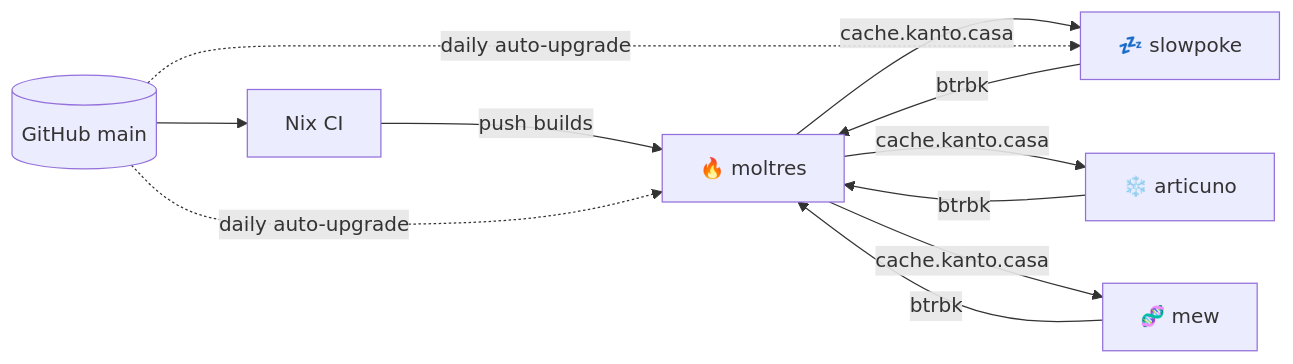
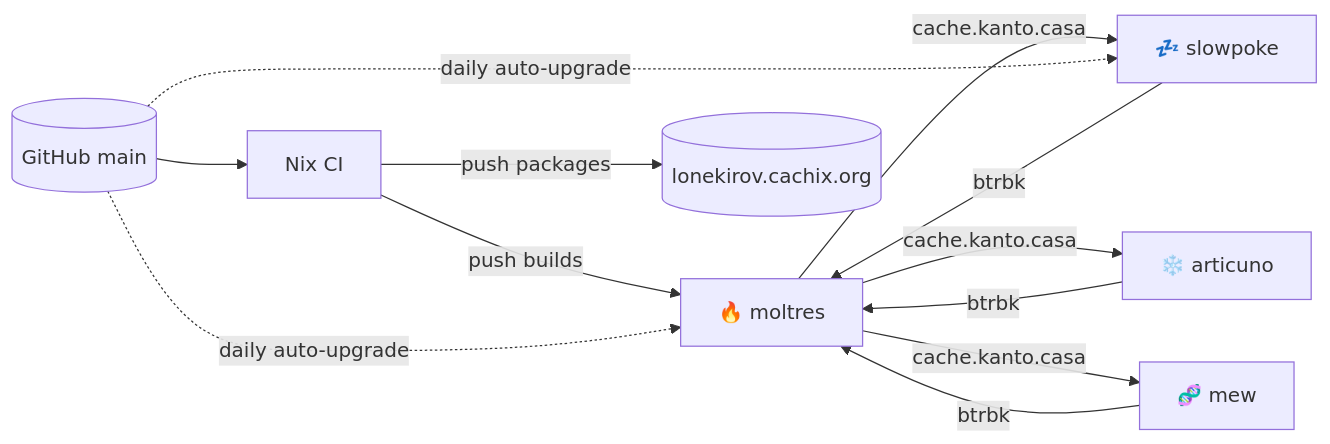
One commit to LoneKirov/nix-config changed the diagram in README.md. Above: the diagram before and after it, drawn with Mermaid. The commit also changed other lines of this file and 3 other files, not shown here.

First line of the commit message:
push the flake's packages to a public cachix cache (#177)

````diff
--- a/README.md
+++ b/README.md
@@ -26,8 +26,9 @@
 ```mermaid
 flowchart LR
   main[(GitHub main)] --> ci[Nix CI]
   ci -- "push builds" --> moltres[🔥 moltres]
+  ci -- "push packages" --> cachix[(lonekirov.cachix.org)]
   moltres -- "cache.kanto.casa" --> slowpoke[💤 slowpoke] & articuno[❄️ articuno] & mew[🧬 mew]
   main -. "daily auto-upgrade" .-> moltres & slowpoke
   articuno & mew & slowpoke -- "btrbk" --> moltres
 ```
````
